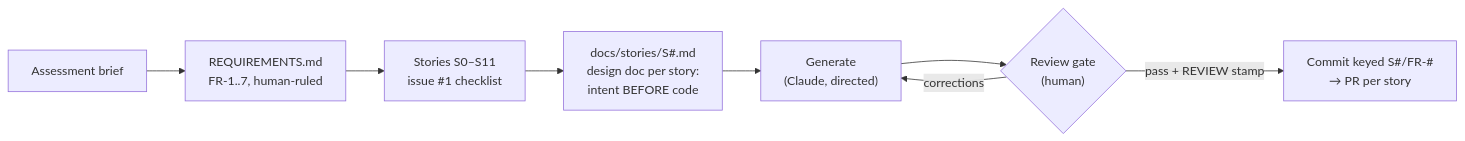
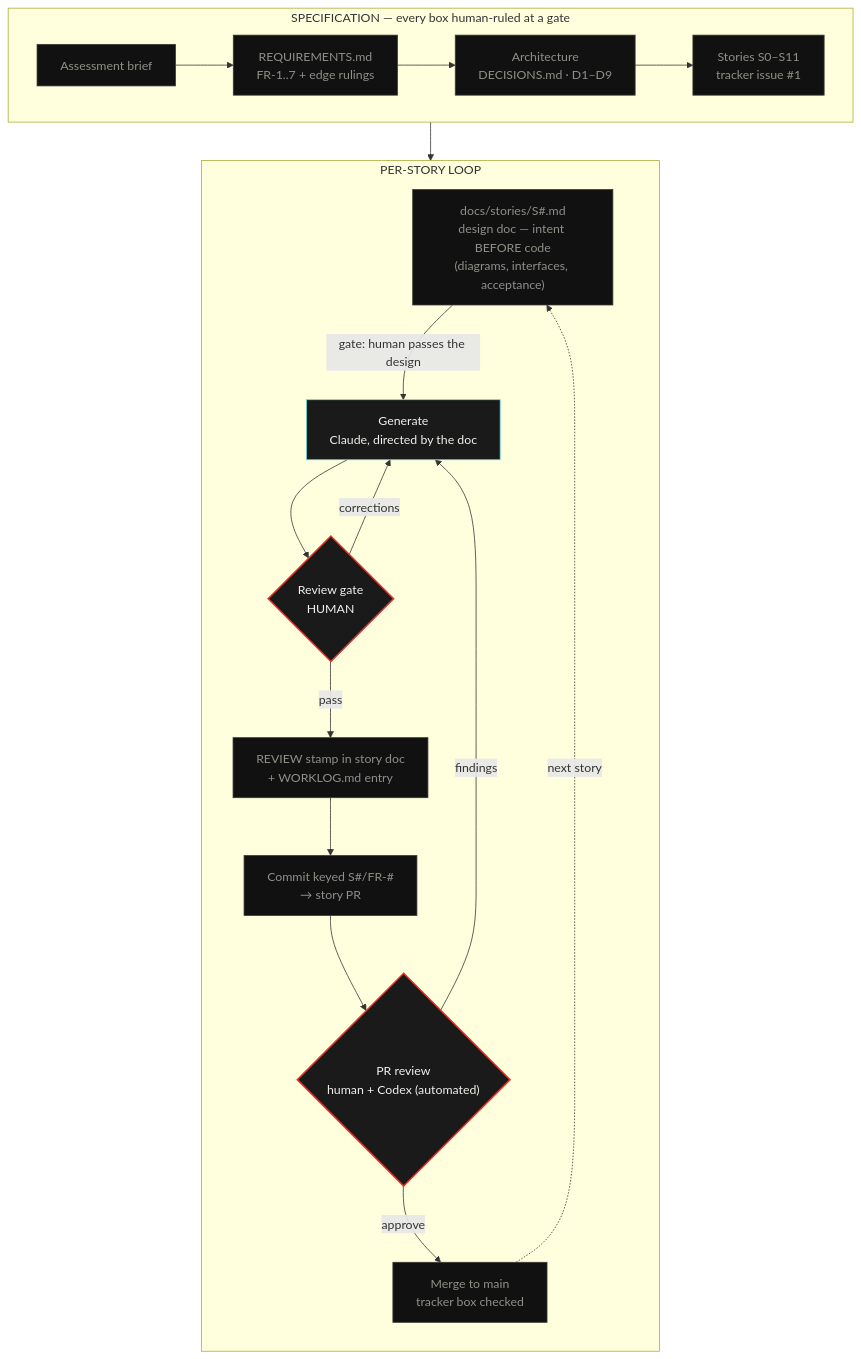
One commit to ayfor/sentinel changed the diagram in README.md. Above: the diagram before and after it, drawn with Mermaid. The commit also changed other lines of this file, not shown here.

Commit message:
S0: README — full autodev pipeline as mermaid (gates, correction loops, multi-reviewer)
Two-stage diagram: human-ruled specification chain, then the per-story loop
with both review gates (human story gate, human+Codex PR gate) and backward
correction edges. Semantic styling: red border = human decision point, cyan
= directed generation, grey = committed artifact.

````diff
--- a/README.md
+++ b/README.md
@@ -25,10 +25,32 @@
 ```mermaid
-flowchart LR
-    A[Assessment brief] --> B["REQUIREMENTS.md<br>FR-1..7, human-ruled"]
-    B --> C["Stories S0–S11<br>issue #1 checklist"]
-    C --> D["docs/stories/S#.md<br>design doc per story:<br>intent BEFORE code"]
-    D --> E["Generate<br>(Claude, directed)"]
-    E --> F{"Review gate<br>(human)"}
-    F -->|corrections| E
-    F -->|pass + REVIEW stamp| G["Commit keyed S#/FR-#<br>→ PR per story"]
+flowchart TB
+    subgraph SPEC["SPECIFICATION — every box human-ruled at a gate"]
+        direction LR
+        A["Assessment brief"] --> B["REQUIREMENTS.md<br/>FR-1..7 + edge rulings"]
+        B --> C["Architecture<br/>DECISIONS.md · D1–D9"]
+        C --> D["Stories S0–S11<br/>tracker issue #1"]
+    end
+
+    subgraph LOOP["PER-STORY LOOP"]
+        direction TB
+        E["docs/stories/S#.md<br/>design doc — intent BEFORE code<br/>(diagrams, interfaces, acceptance)"]
+        E -->|"gate: human passes the design"| F["Generate<br/>Claude, directed by the doc"]
+        F --> G{"Review gate<br/>HUMAN"}
+        G -->|"corrections"| F
+        G -->|"pass"| H["REVIEW stamp in story doc<br/>+ WORKLOG.md entry"]
+        H --> I["Commit keyed S#/FR-#<br/>→ story PR"]
+        I --> J{"PR review<br/>human + Codex (automated)"}
+        J -->|"findings"| F
+        J -->|"approve"| K["Merge to main<br/>tracker box checked"]
+    end
+
+    D --> E
+    K -.->|"next story"| E
+
+    classDef human fill:#1a1a1a,stroke:#e0362f,stroke-width:2px,color:#f2f0ec
+    classDef ai fill:#1a1a1a,stroke:#69e0db,stroke-width:1px,color:#f2f0ec
+    classDef artifact fill:#111,stroke:#3b3a36,stroke-width:1px,color:#908f89
+    class G,J human
+    class F ai
+    class A,B,C,D,E,H,I,K artifact
 ```
````
